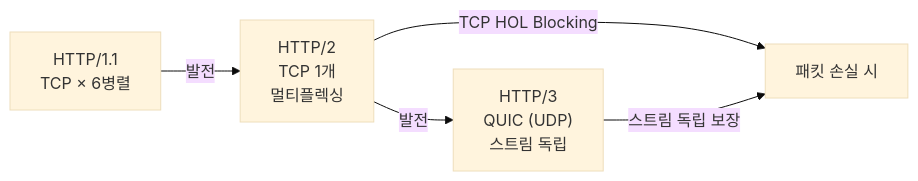
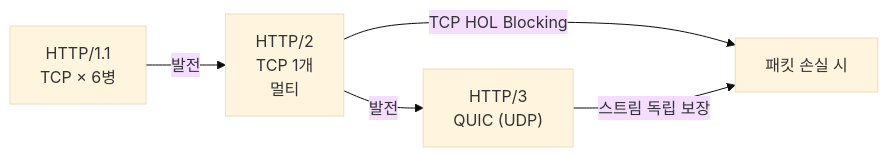
One commit to yjkim2015/yjkim2015.github.io changed the sixth of 6 diagrams in _posts/network/2026-05-03-tcp-udp-deep.md. Above: the diagram before and after it, drawn with Mermaid (base theme). The commit also changed other lines of this file and 271 other files, not shown here.

First line of the commit message:
Mermaid 라벨 축소: 긴 노드 텍스트 18자 이하로 트림 + \n 제거

````diff
--- a/_posts/network/2026-05-03-tcp-udp-deep.md
+++ b/_posts/network/2026-05-03-tcp-udp-deep.md
@@ -386,11 +386,11 @@
 ```mermaid
 graph LR
-    A["HTTP/1.1\nTCP × 6병렬"]
-    B["HTTP/2\nTCP 1개\n멀티플렉싱"]
-    C["HTTP/3\nQUIC (UDP)\n스트림 독립"]
+    A["HTTP/1.1\nTCP × 6병"]
+    B["HTTP/2\nTCP 1개\n멀티"]
+    C["HTTP/3\nQUIC (UDP)"]
     D["패킷 손실 시"]
     A -->|"발전"| B
     B -->|"발전"| C
     B -->|"TCP HOL Blocking"| D
     C -->|"스트림 독립 보장"| D
 ```
````
